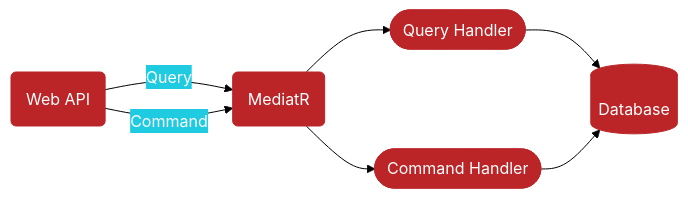
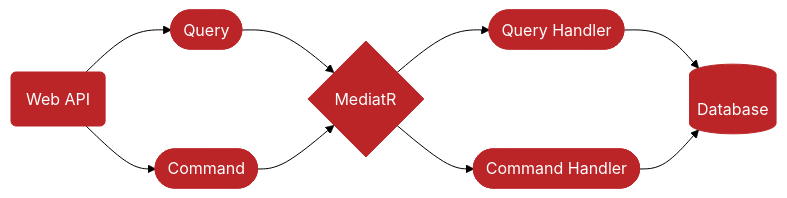
The diagram in readme.md (LiteObject/MediatorPatternDemo), drawn with Mermaid before and after one commit.

Commit message:
updated mermaid diagram

````diff
--- a/readme.md
+++ b/readme.md
@@ -27,36 +27,40 @@
 ```mermaid
 %%{init:{
     "theme":"base",
     "flowchart": {
         "htmlLabels": true,
         "curve": "basis",
         "diagramPadding": 50,
         "nodeSpacing": 100,
         "useMaxWidth": true
     },
     "themeVariables": {
         "primaryColor": "#BB2528",
         "primaryTextColor": "#FFF",
         "primaryBorderColor": "#BB2528",
         "lineColor": "#000",
         "secondaryColor": "#1ECBE1",
         "secondaryTextColor": "#000",
         "secondaryBorderColor": "#1ECBE1",
         "tertiaryColor": "#FFF"
     }
     }}%%
 flowchart LR
-    A(Web API) 
-    M(MediatR)
-    Q([Query Handler])
-    C([Command Handler])
+    A(Web API)
+    C([Command]) 
+    Q([Query])
+    M{MediatR}
+    QH([Query Handler])
+    CH([Command Handler])
     D[(Database)]
 
-    A -->| Query | M
-    A -->|Command| M
-    M --> Q
-    M --> C
-    Q --> D
-    C --> D
+    A --> C
+    A --> Q
+    Q--> M
+    C --> M    
+    M --> QH
+    M --> CH
+    QH --> D
+    CH --> D
   
 ```
````
